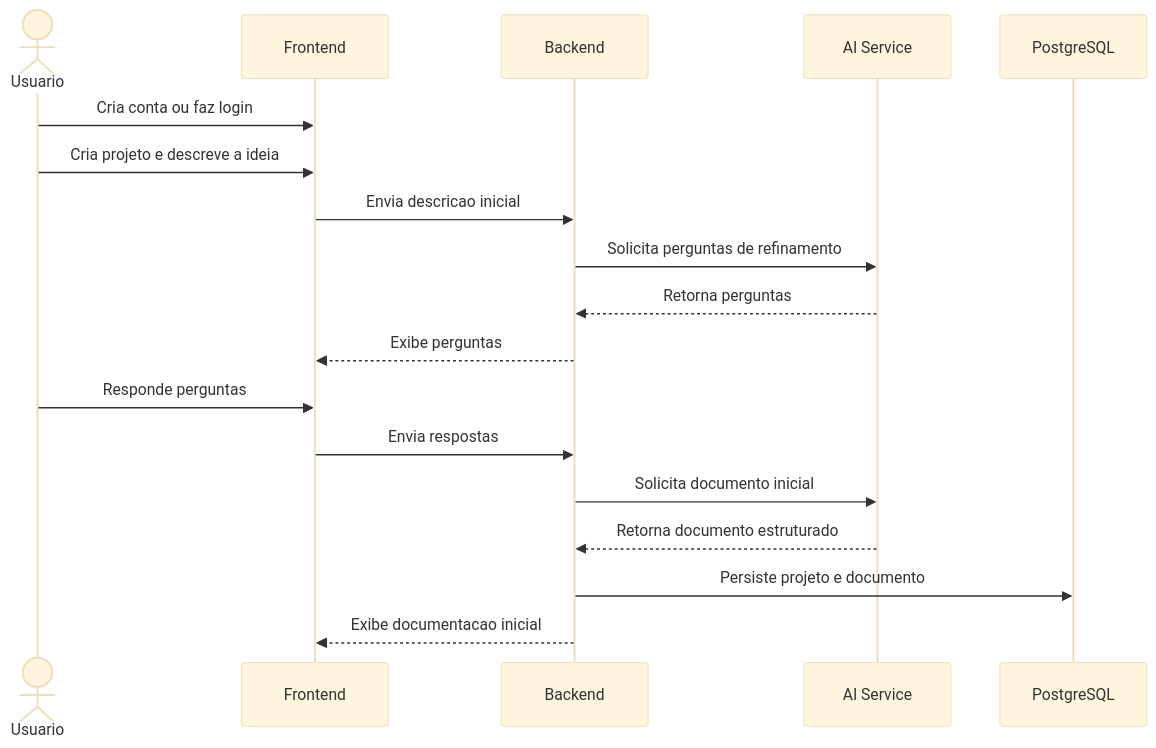
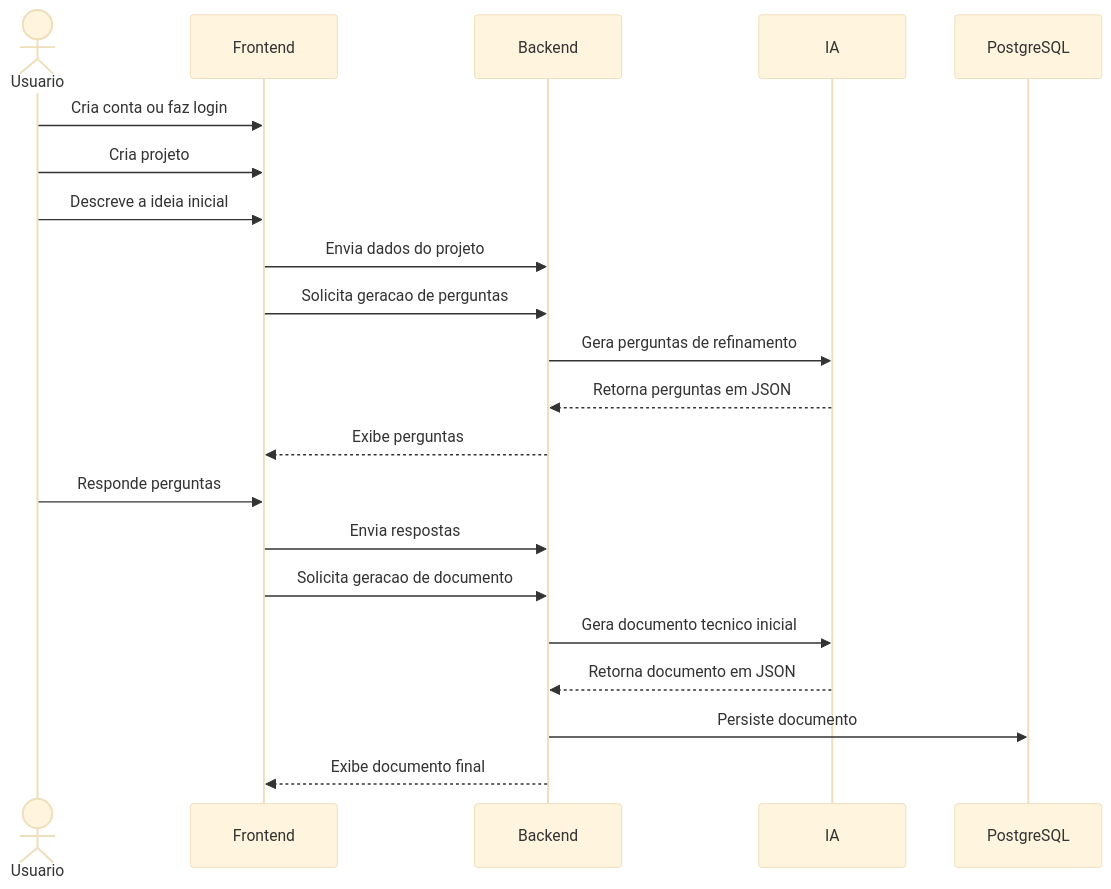
The third of 5 diagrams in README.md (saulomlcosta/SpecPilot), drawn with Mermaid (base theme) before and after one commit. The commit also changed other lines of this file and 2 other files, not shown here.

Commit message:
docs: write final storytelling readme

````diff
--- a/README.md
+++ b/README.md
@@ -111,21 +191,24 @@
 ```mermaid
 sequenceDiagram
     actor U as Usuario
     participant FE as Frontend
     participant API as Backend
-    participant AI as AI Service
+    participant AI as IA
     participant DB as PostgreSQL
 
     U->>FE: Cria conta ou faz login
-    U->>FE: Cria projeto e descreve a ideia
-    FE->>API: Envia descricao inicial
-    API->>AI: Solicita perguntas de refinamento
-    AI-->>API: Retorna perguntas
+    U->>FE: Cria projeto
+    U->>FE: Descreve a ideia inicial
+    FE->>API: Envia dados do projeto
+    FE->>API: Solicita geracao de perguntas
+    API->>AI: Gera perguntas de refinamento
+    AI-->>API: Retorna perguntas em JSON
     API-->>FE: Exibe perguntas
     U->>FE: Responde perguntas
     FE->>API: Envia respostas
-    API->>AI: Solicita documento inicial
-    AI-->>API: Retorna documento estruturado
-    API->>DB: Persiste projeto e documento
-    API-->>FE: Exibe documentacao inicial
+    FE->>API: Solicita geracao de documento
+    API->>AI: Gera documento tecnico inicial
+    AI-->>API: Retorna documento em JSON
+    API->>DB: Persiste documento
+    API-->>FE: Exibe documento final
 ```
````
